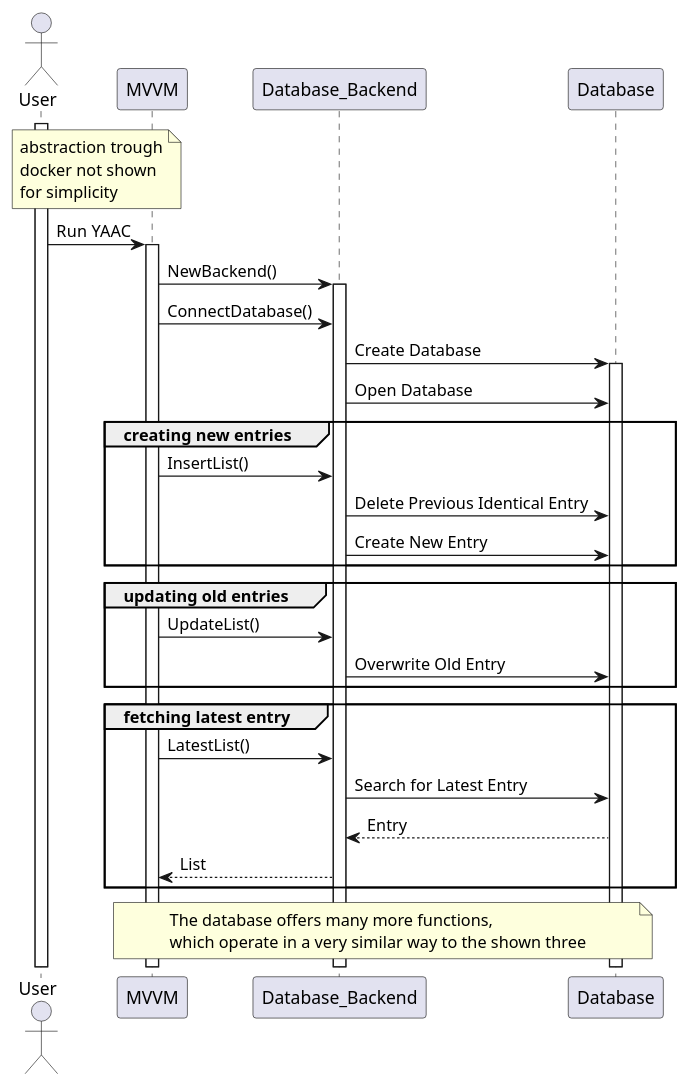
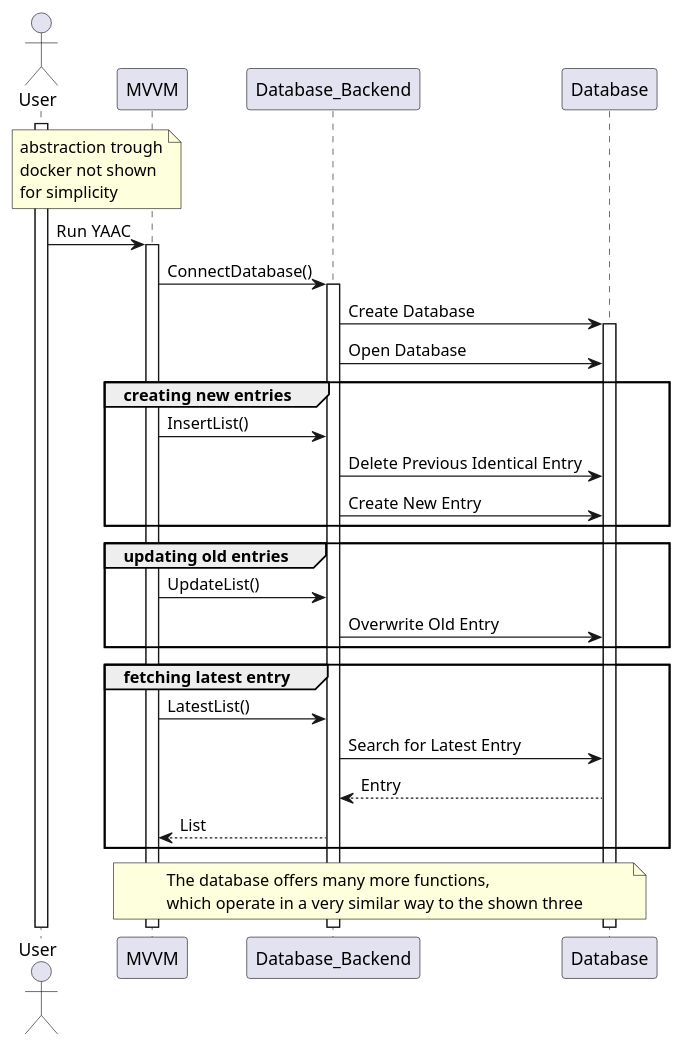
One commit to DHBW-SE-2023/Wiki changed the diagram in Diagrams/Sequence_Diagrams/Database.puml. Above: the diagram before and after it, drawn with PlantUML. The commit also changed 4 other files, not shown here.

Commit message:
diagram for uploading lists

```diff
--- a/Diagrams/Sequence_Diagrams/Database.puml
+++ b/Diagrams/Sequence_Diagrams/Database.puml
@@ -1,46 +1,45 @@
 @startuml Database
 
 Actor User as user
 Participant "MVVM" as app
 Participant "Database_Backend" as daemon
 Participant "Database" as db
 
 activate user
 
 note over user, app
 abstraction trough
 docker not shown
 for simplicity
 end note
 
 user -> app ++: Run YAAC
-app -> daemon ++: NewBackend()
-app -> daemon: ConnectDatabase()
+app -> daemon ++: ConnectDatabase()
 
 daemon -> db ++: Create Database
 daemon -> db: Open Database
 
 group creating new entries
 app -> daemon: InsertList()
 daemon -> db: Delete Previous Identical Entry
 daemon -> db: Create New Entry
 end group
 
 group updating old entries
 app -> daemon: UpdateList()
 daemon -> db: Overwrite Old Entry
 end group
 
 group fetching latest entry
 app -> daemon: LatestList()
 daemon -> db: Search for Latest Entry
 db --> daemon: Entry
 daemon --> app: List
 end group
 
 note over app, db
 The database offers many more functions,
 which operate in a very similar way to the shown three
 end note
 
 @enduml
```
